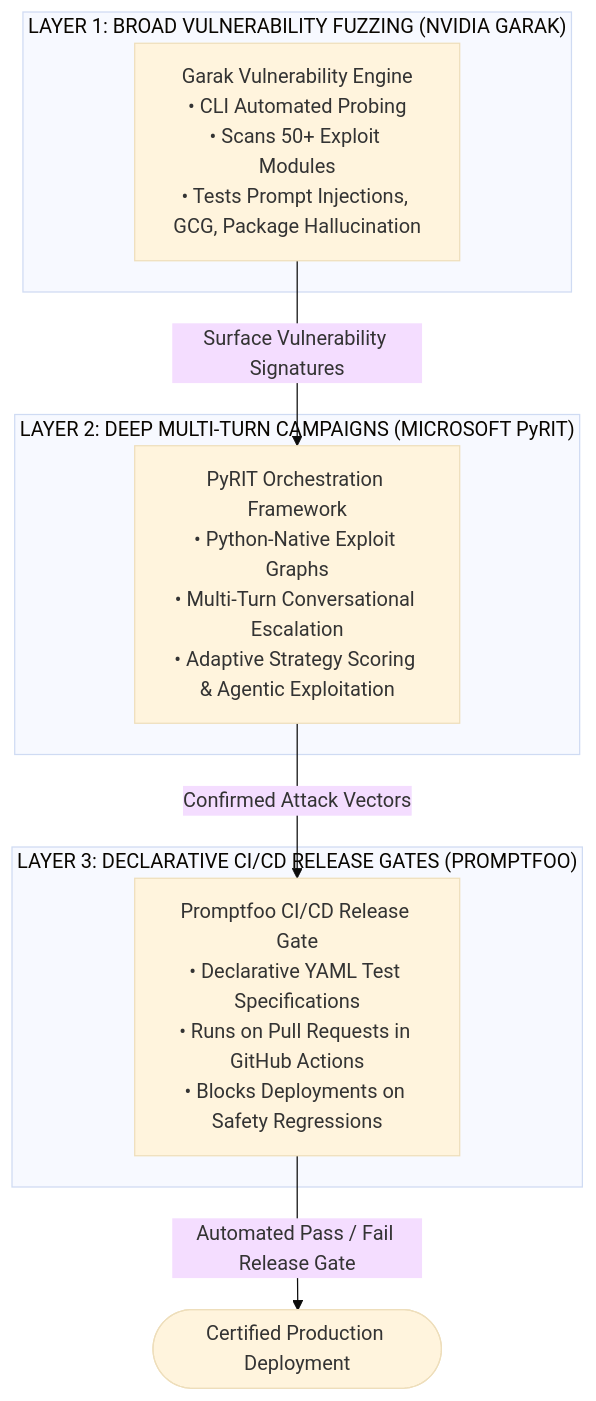
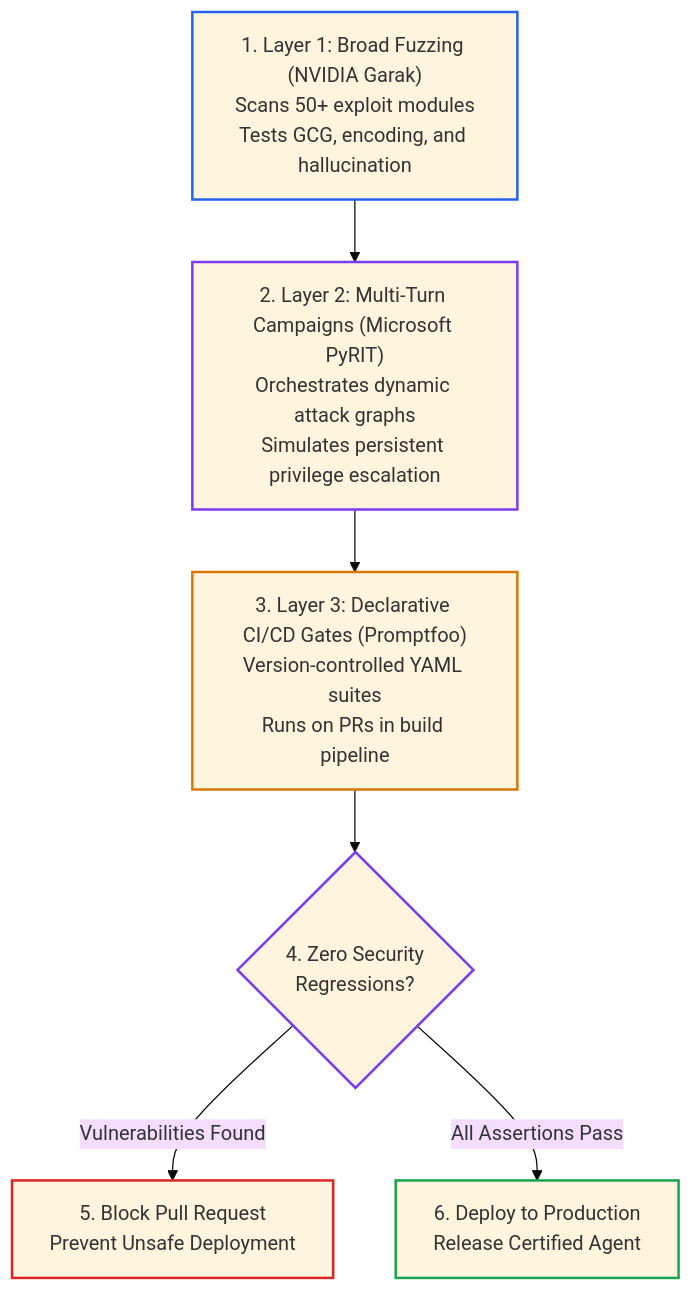
One commit to dip4k/senior-engineer-to-ai-engineer-roadmap changed the diagram in 05-ai-security-and-guardrails/07-ai-red-teaming-and-vulnerability-evaluation.md. Above: the diagram before and after it, drawn with Mermaid (base theme). The commit also changed other lines of this file and 11 other files, not shown here.

First line of the commit message:
refactor(phase-05): AI security, guardrails, and trust architecture

````diff
--- a/05-ai-security-and-guardrails/07-ai-red-teaming-and-vulnerability-evaluation.md
+++ b/05-ai-security-and-guardrails/07-ai-red-teaming-and-vulnerability-evaluation.md
@@ -41,18 +55,15 @@
 ```mermaid
 flowchart TD
-    subgraph S1 ["LAYER 1: BROAD VULNERABILITY FUZZING (NVIDIA GARAK)"]
-        Garak["Garak Vulnerability Engine<br/>• CLI Automated Probing<br/>• Scans 50+ Exploit Modules<br/>• Tests Prompt Injections, GCG, Package Hallucination"]
-    end
+    Garak["1. Layer 1: Broad Fuzzing (NVIDIA Garak)<br/>Scans 50+ exploit modules<br/>Tests GCG, encoding, and hallucination"] --> PyRIT["2. Layer 2: Multi-Turn Campaigns (Microsoft PyRIT)<br/>Orchestrates dynamic attack graphs<br/>Simulates persistent privilege escalation"]
+    PyRIT --> PF["3. Layer 3: Declarative CI/CD Gates (Promptfoo)<br/>Version-controlled YAML suites<br/>Runs on PRs in build pipeline"]
+    PF --> Gate{"4. Zero Security<br/>Regressions?"}
+    Gate -->|Vulnerabilities Found| Block["5. Block Pull Request<br/>Prevent Unsafe Deployment"]
+    Gate -->|All Assertions Pass| Deploy["6. Deploy to Production<br/>Release Certified Agent"]
 
-    subgraph S2 ["LAYER 2: DEEP MULTI-TURN CAMPAIGNS (MICROSOFT PyRIT)"]
-        PyRIT["PyRIT Orchestration Framework<br/>• Python-Native Exploit Graphs<br/>• Multi-Turn Conversational Escalation<br/>• Adaptive Strategy Scoring & Agentic Exploitation"]
-    end
-
-    subgraph S3 ["LAYER 3: DECLARATIVE CI/CD RELEASE GATES (PROMPTFOO)"]
-        PF["Promptfoo CI/CD Release Gate<br/>• Declarative YAML Test Specifications<br/>• Runs on Pull Requests in GitHub Actions<br/>• Blocks Deployments on Safety Regressions"]
-    end
-
-    Garak -->|Surface Vulnerability Signatures| PyRIT
-    PyRIT -->|Confirmed Attack Vectors| PF
-    PF -->|Automated Pass / Fail Release Gate| Production(["Certified Production Deployment"])
+    style Garak stroke:#2563eb,stroke-width:2px
+    style PyRIT stroke:#7c3aed,stroke-width:2px
+    style PF stroke:#d97706,stroke-width:2px
+    style Gate stroke:#7c3aed,stroke-width:2px
+    style Block stroke:#dc2626,stroke-width:2px
+    style Deploy stroke:#16a34a,stroke-width:2px
 ```
````
